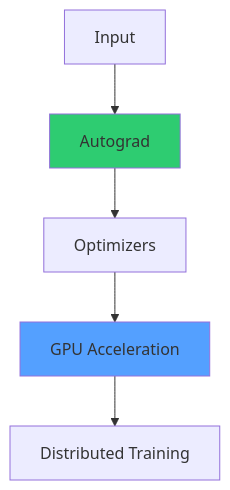
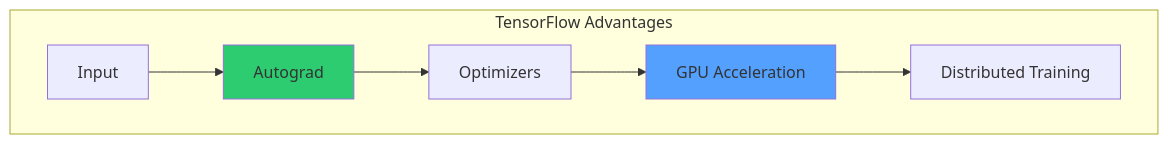
Diagram 25 of 39 in mlp.md (mabreyes/dlsu-lecture-slides), drawn with Mermaid before and after one commit. The commit also changed other lines of this file and 1 other file, not shown here.

````diff
--- a/mlp.md
+++ b/mlp.md
@@ -512,10 +774,12 @@
 ```mermaid
 %%{init: {"theme": "default"}}%%
 flowchart TD
-    A["Input"] --> B["Autograd"]
-    B --> C["Optimizers"]
-    C --> D["GPU Acceleration"]
-    D --> E["Distributed Training"]
+    subgraph "TensorFlow Advantages"
+        A["Input"] --> B["Autograd"]
+        B --> C["Optimizers"]
+        C --> D["GPU Acceleration"]
+        D --> E["Distributed Training"]
+    end
     style B fill:#2ecc71
     style D fill:#54a0ff
 ```
````
